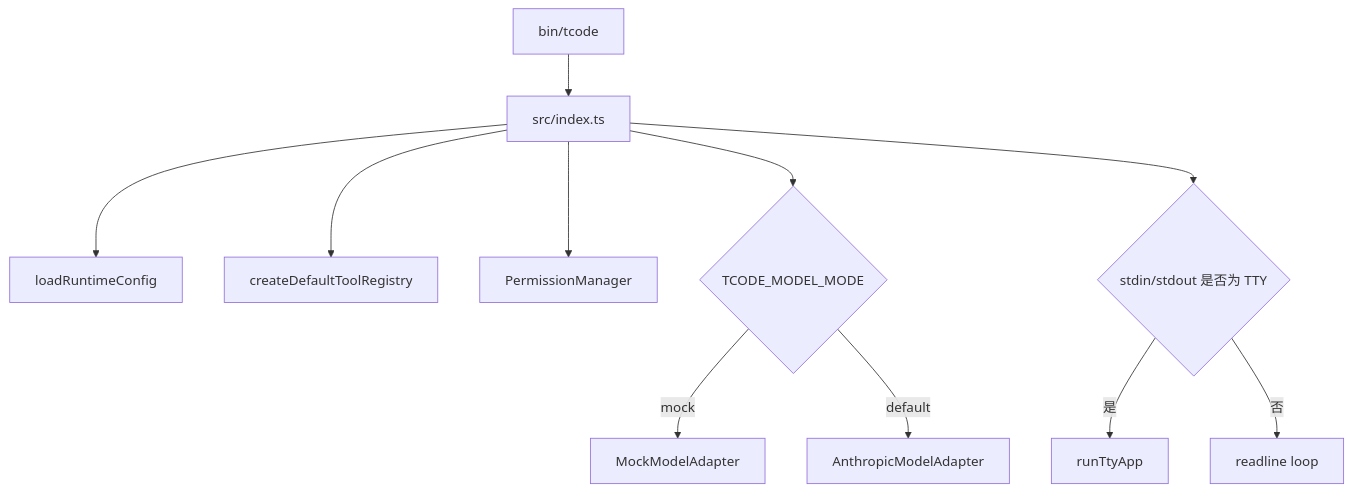
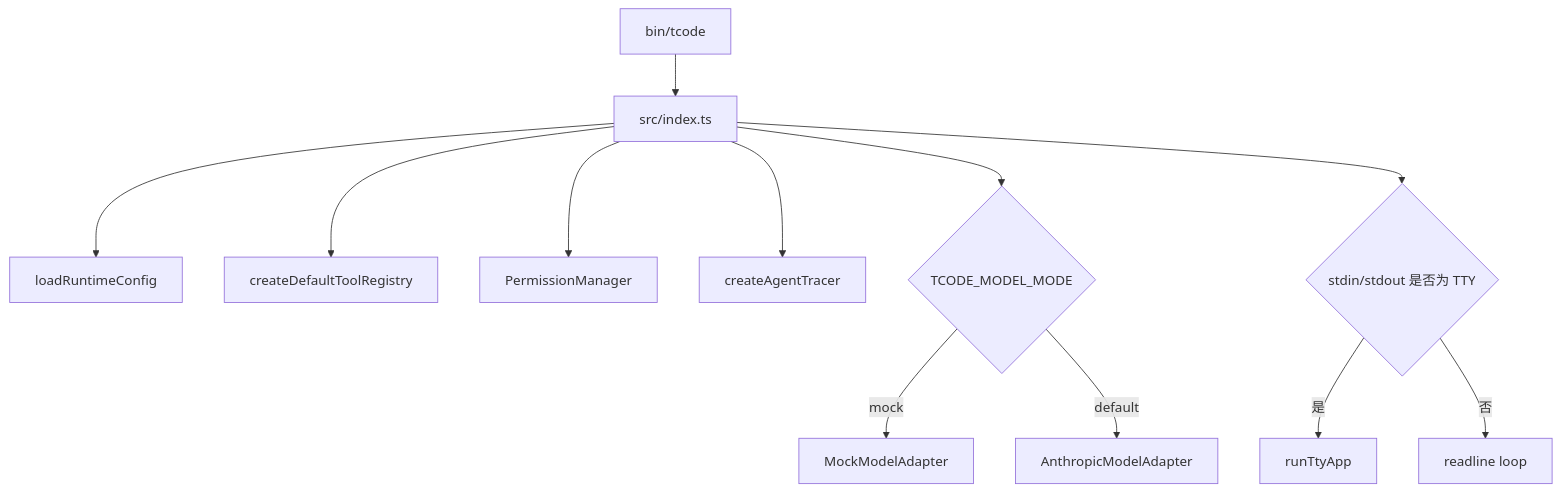
Before and after one commit to TangJingqing/tcode: the first of 2 diagrams in TECHNICAL_OVERVIEW_ZH.md, drawn with Mermaid. The commit also changed other lines of this file and 8 other files, not shown here.

````diff
--- a/TECHNICAL_OVERVIEW_ZH.md
+++ b/TECHNICAL_OVERVIEW_ZH.md
@@ -35,13 +36,14 @@
 ```mermaid
 flowchart TD
   A[bin/tcode] --> B[src/index.ts]
   B --> C[loadRuntimeConfig]
   B --> D[createDefaultToolRegistry]
   B --> E[PermissionManager]
-  B --> F{TCODE_MODEL_MODE}
-  F -->|mock| G[MockModelAdapter]
-  F -->|default| H[AnthropicModelAdapter]
-  B --> I{stdin/stdout 是否为 TTY}
-  I -->|是| J[runTtyApp]
-  I -->|否| K[readline loop]
+  B --> F[createAgentTracer]
+  B --> G{TCODE_MODEL_MODE}
+  G -->|mock| H[MockModelAdapter]
+  G -->|default| I[AnthropicModelAdapter]
+  B --> J{stdin/stdout 是否为 TTY}
+  J -->|是| K[runTtyApp]
+  J -->|否| L[readline loop]
 ```
````
